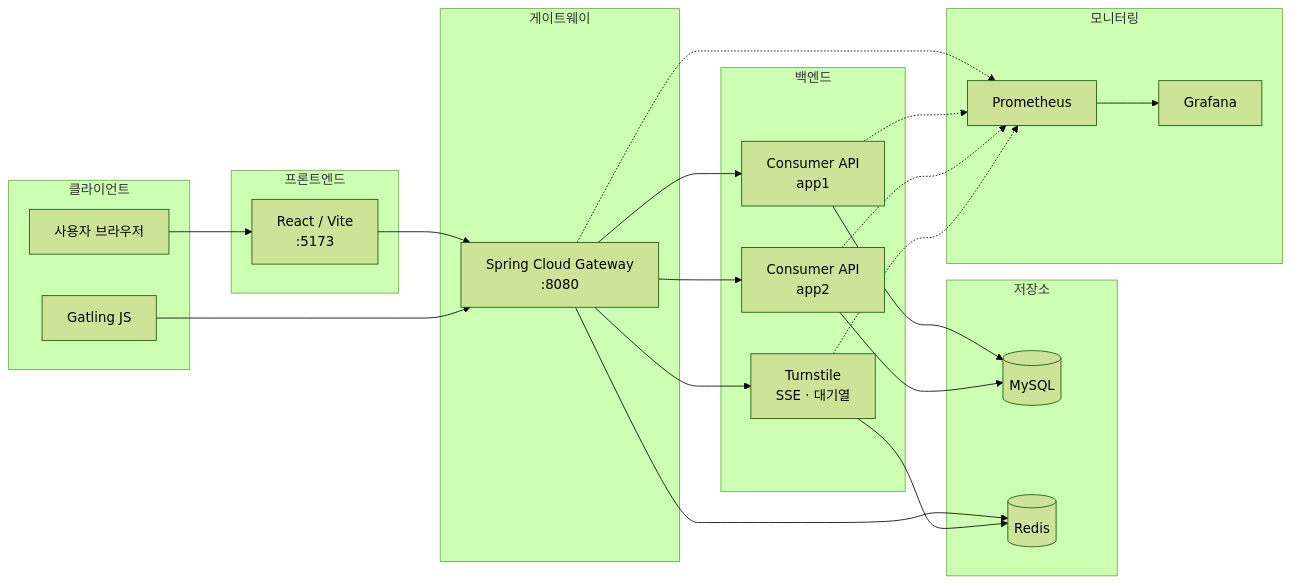
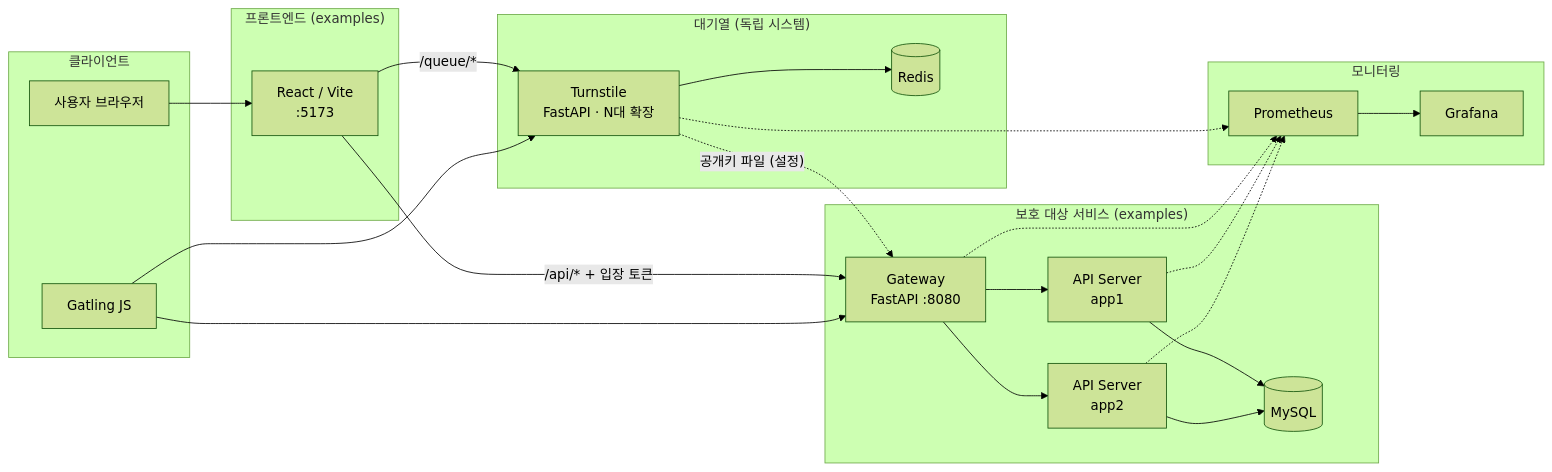
The diagram in README.md (xkvak/traffic-control-system), drawn with Mermaid (forest theme) before and after one commit. The commit also changed other lines of this file, not shown here.

First line of the commit message:
docs: describe the standalone queue architecture in README

````diff
--- a/README.md
+++ b/README.md
@@ -5,50 +5,48 @@
 ```mermaid
 flowchart LR
     subgraph Client["클라이언트"]
         Browser["사용자 브라우저"]
         Gatling["Gatling JS"]
     end
 
-    subgraph Frontend["프론트엔드"]
+    subgraph Frontend["프론트엔드 (examples)"]
         Web["React / Vite<br/>:5173"]
     end
 
-    subgraph GatewayLayer["게이트웨이"]
-        Gateway["Spring Cloud Gateway<br/>:8080"]
+    subgraph Queue["대기열 (독립 시스템)"]
+        Turnstile["Turnstile<br/>FastAPI · N대 확장"]
+        Redis[("Redis")]
     end
 
-    subgraph Backend["백엔드"]
-        App1["Consumer API<br/>app1"]
-        App2["Consumer API<br/>app2"]
-        Turnstile["Turnstile<br/>SSE · 대기열"]
-    end
-
-    subgraph Storage["저장소"]
+    subgraph Service["보호 대상 서비스 (examples)"]
+        Gateway["Gateway<br/>FastAPI :8080"]
+        App1["API Server<br/>app1"]
+        App2["API Server<br/>app2"]
         MySQL[("MySQL")]
-        Redis[("Redis")]
     end
 
     subgraph Observability["모니터링"]
         Prometheus["Prometheus"]
         Grafana["Grafana"]
     end
 
     Browser --> Web
-    Web --> Gateway
+    Web -- "/queue/*" --> Turnstile
+    Web -- "/api/* + 입장 토큰" --> Gateway
+    Gatling --> Turnstile
     Gatling --> Gateway
 
+    Turnstile --> Redis
     Gateway --> App1
     Gateway --> App2
-    Gateway --> Turnstile
-    Gateway --> Redis
-
     App1 --> MySQL
     App2 --> MySQL
-    Turnstile --> Redis
+
+    Turnstile -. "공개키 파일 (설정)" .-> Gateway
 
     Gateway -.-> Prometheus
     App1 -.-> Prometheus
     App2 -.-> Prometheus
     Turnstile -.-> Prometheus
     Prometheus --> Grafana
 ```
````
